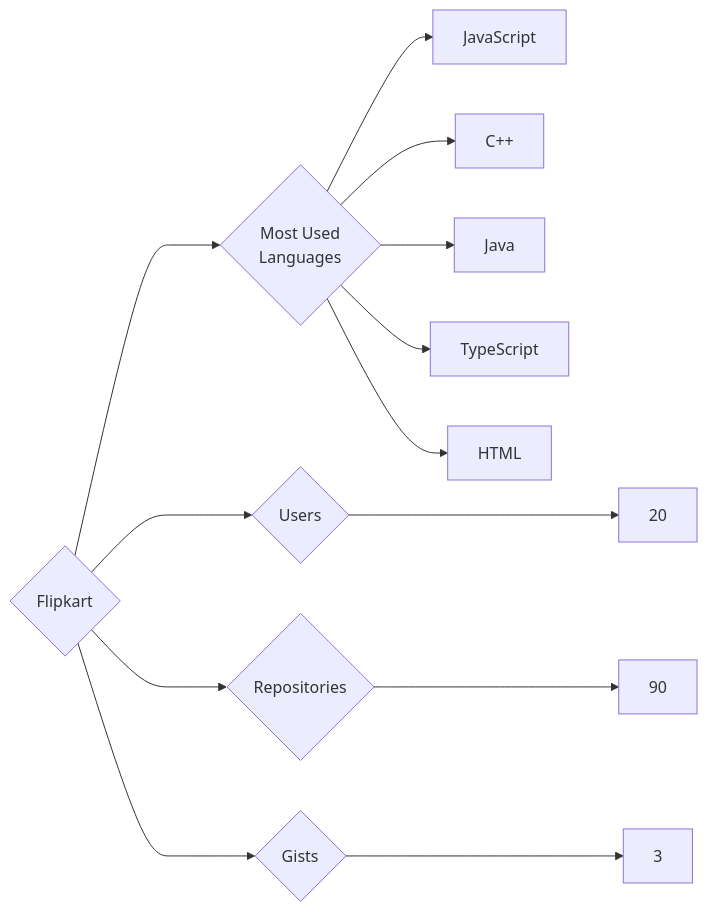
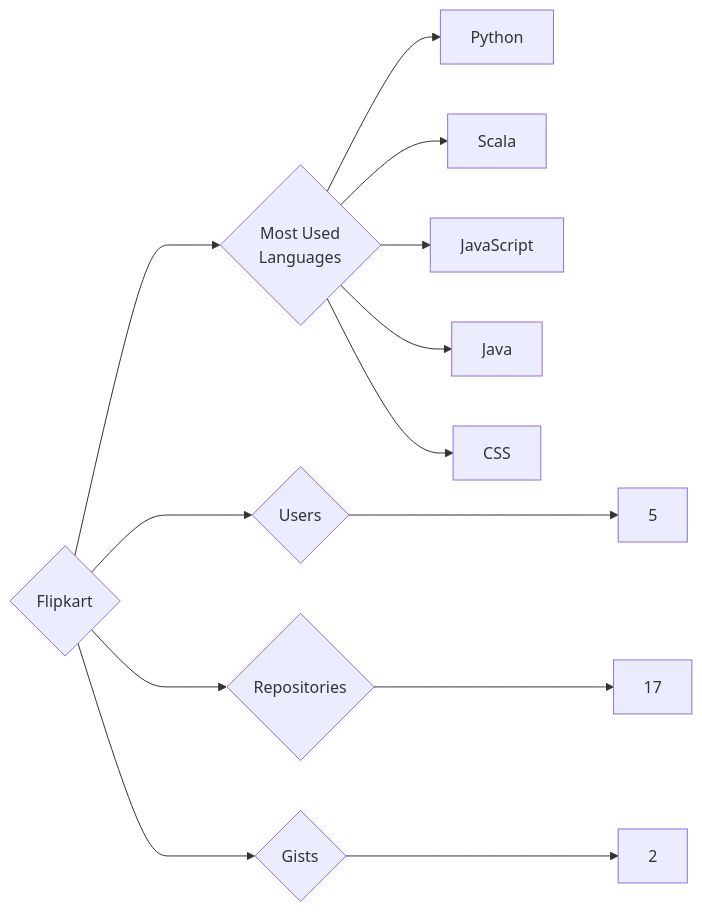
Before and after one commit to trickest/insiders: the diagram in targets/Flipkart/README.md, drawn with Mermaid. The commit also changed 916 other files, not shown here.

````diff
--- a/targets/Flipkart/README.md
+++ b/targets/Flipkart/README.md
@@ -3,13 +3,13 @@
 ```mermaid
 graph LR
 COMPANY_NAME{Flipkart}
-COMPANY_NAME ---> U{Users} ---> UN[20]
-COMPANY_NAME ---> R{Repositories} ---> RN[90]
-COMPANY_NAME ---> G{Gists} ---> GN[3]
+COMPANY_NAME ---> U{Users} ---> UN[5]
+COMPANY_NAME ---> R{Repositories} ---> RN[17]
+COMPANY_NAME ---> G{Gists} ---> GN[2]
 COMPANY_NAME ---> ML{Most Used<br>Languages}
+ML --> Python[Python]
+ML --> Scala[Scala]
 ML --> JavaScript[JavaScript]
-ML --> C++[C++]
 ML --> Java[Java]
-ML --> TypeScript[TypeScript]
-ML --> HTML[HTML]
+ML --> CSS[CSS]
 ```
````
